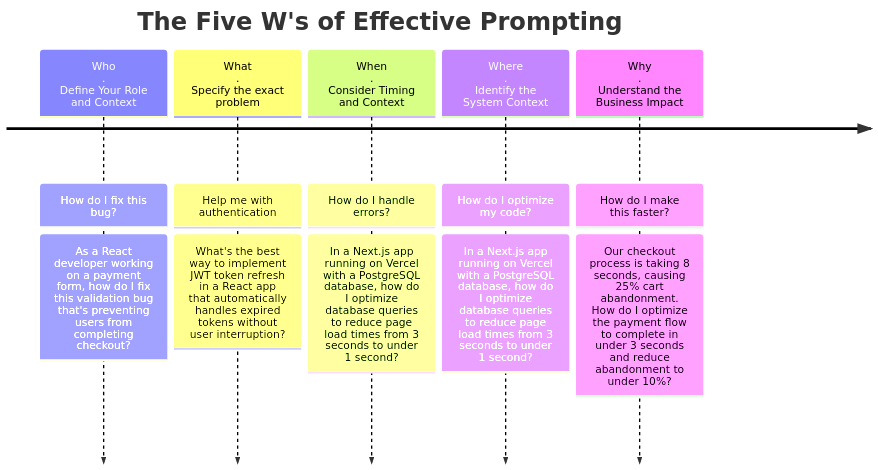
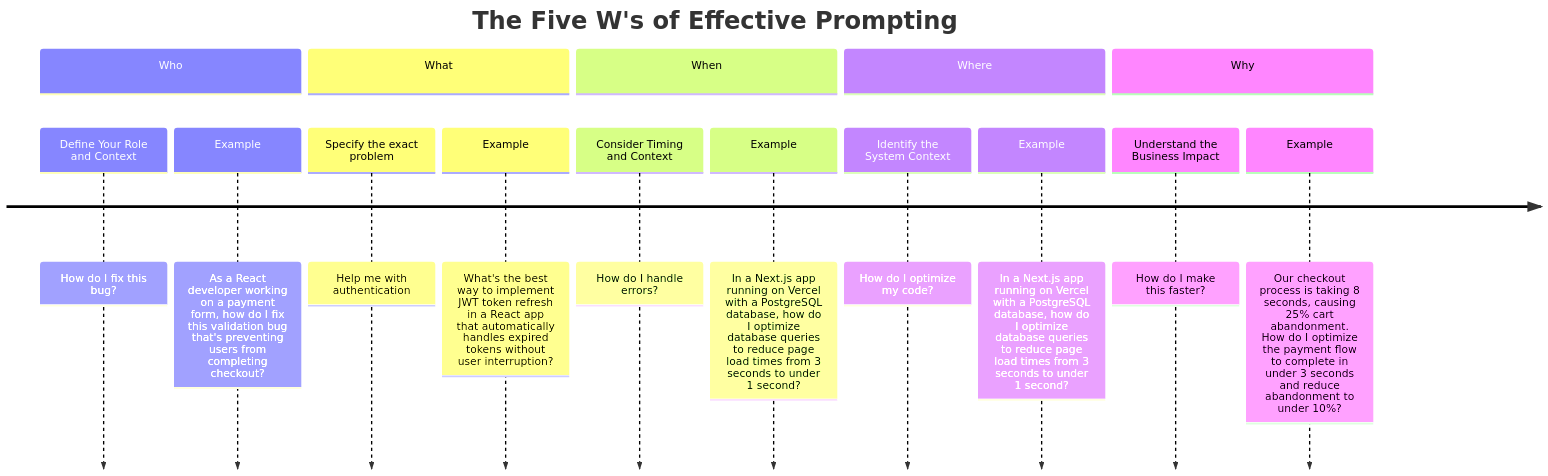
Before and after one commit to sumahiremath/buildtales: the third of 5 diagrams in _posts/2025-08-23-cursor-pro-zero-expert.md, drawn with Mermaid. The commit also changed other lines of this file and 2 other files, not shown here.

Commit message:
darn that mermaid issue

````diff
--- a/_posts/2025-08-23-cursor-pro-zero-expert.md
+++ b/_posts/2025-08-23-cursor-pro-zero-expert.md
@@ -175,14 +178,19 @@
 ```mermaid
 timeline
     title The Five W's of Effective Prompting
-      Who <br>.<br> Define Your Role and Context: How do I fix this bug?
-          : As a React developer working on a payment form, how do I fix this validation bug that's preventing users from completing checkout?
-      What <br>.<br> Specify the exact problem: Help me with authentication
-          : What's the best way to implement JWT token refresh in a React app that automatically handles expired tokens without user interruption?
-      When <br>.<br> Consider Timing and Context : How do I handle errors?
-          : In a Next.js app running on Vercel with a PostgreSQL database, how do I optimize database queries to reduce page load times from 3 seconds to under 1 second?
-      Where <br>.<br> Identify the System Context: How do I optimize my code?
-          : In a Next.js app running on Vercel with a PostgreSQL database, how do I optimize database queries to reduce page load times from 3 seconds to under 1 second?
-      Why <br>.<br> Understand the Business Impact : How do I make this faster?
-          : Our checkout process is taking 8 seconds, causing 25% cart abandonment. How do I optimize the payment flow to complete in under 3 seconds and reduce abandonment to under 10%?
- ```
+    section Who
+        Define Your Role and Context : How do I fix this bug?
+        Example : As a React developer working on a payment form, how do I fix this validation bug that's preventing users from completing checkout?
+    section What
+        Specify the exact problem : Help me with authentication
+        Example : What's the best way to implement JWT token refresh in a React app that automatically handles expired tokens without user interruption?
+    section When
+        Consider Timing and Context : How do I handle errors?
+        Example : In a Next.js app running on Vercel with a PostgreSQL database, how do I optimize database queries to reduce page load times from 3 seconds to under 1 second?
+    section Where
+        Identify the System Context : How do I optimize my code?
+        Example : In a Next.js app running on Vercel with a PostgreSQL database, how do I optimize database queries to reduce page load times from 3 seconds to under 1 second?
+    section Why
+        Understand the Business Impact : How do I make this faster?
+        Example : Our checkout process is taking 8 seconds, causing 25% cart abandonment. How do I optimize the payment flow to complete in under 3 seconds and reduce abandonment to under 10%?
+```
````
